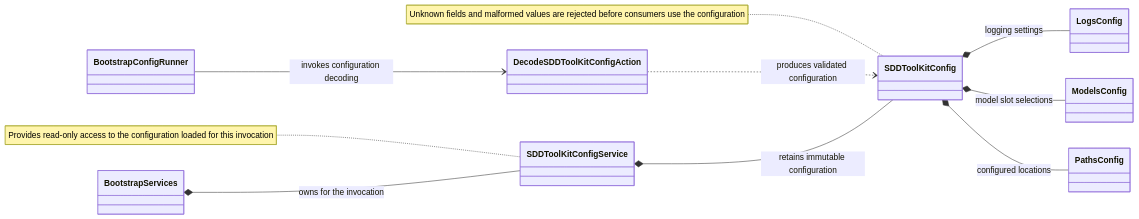
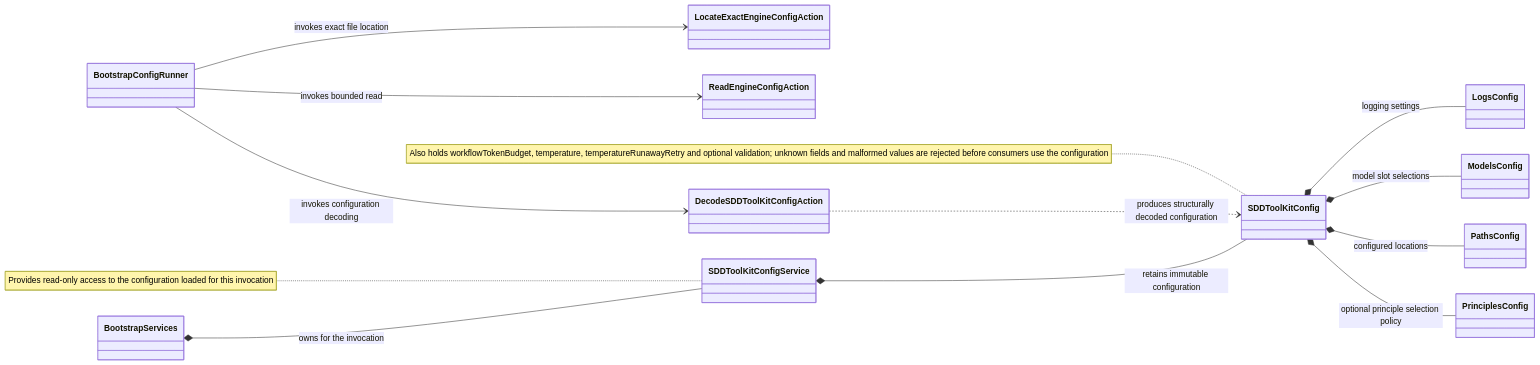
One commit to littledespot/sdde changed the diagram in design/diagrams/12-sddtoolkit-config-service-class.md. Above: the diagram before and after it, drawn with Mermaid. The commit also changed 128 other files, not shown here.

````diff
--- a/design/diagrams/12-sddtoolkit-config-service-class.md
+++ b/design/diagrams/12-sddtoolkit-config-service-class.md
@@ -3,23 +3,29 @@
 ```mermaid
 classDiagram
     direction LR
     class BootstrapConfigRunner
+    class LocateExactEngineConfigAction
+    class ReadEngineConfigAction
     class DecodeSDDToolKitConfigAction
     class BootstrapServices
     class SDDToolKitConfigService
     class SDDToolKitConfig
     class LogsConfig
     class ModelsConfig
     class PathsConfig
+    class PrinciplesConfig
 
+    BootstrapConfigRunner --> LocateExactEngineConfigAction : invokes exact file location
+    BootstrapConfigRunner --> ReadEngineConfigAction : invokes bounded read
     BootstrapConfigRunner --> DecodeSDDToolKitConfigAction : invokes configuration decoding
-    DecodeSDDToolKitConfigAction ..> SDDToolKitConfig : produces validated configuration
+    DecodeSDDToolKitConfigAction ..> SDDToolKitConfig : produces structurally decoded configuration
     BootstrapServices *-- SDDToolKitConfigService : owns for the invocation
     SDDToolKitConfigService *-- SDDToolKitConfig : retains immutable configuration
     SDDToolKitConfig *-- LogsConfig : logging settings
     SDDToolKitConfig *-- ModelsConfig : model slot selections
     SDDToolKitConfig *-- PathsConfig : configured locations
+    SDDToolKitConfig *-- PrinciplesConfig : optional principle selection policy
 
     note for SDDToolKitConfigService "Provides read-only access to the configuration loaded for this invocation"
-    note for SDDToolKitConfig "Unknown fields and malformed values are rejected before consumers use the configuration"
+    note for SDDToolKitConfig "Also holds workflowTokenBudget, temperature, temperatureRunawayRetry and optional validation; unknown fields and malformed values are rejected before consumers use the configuration"
 ```
````
